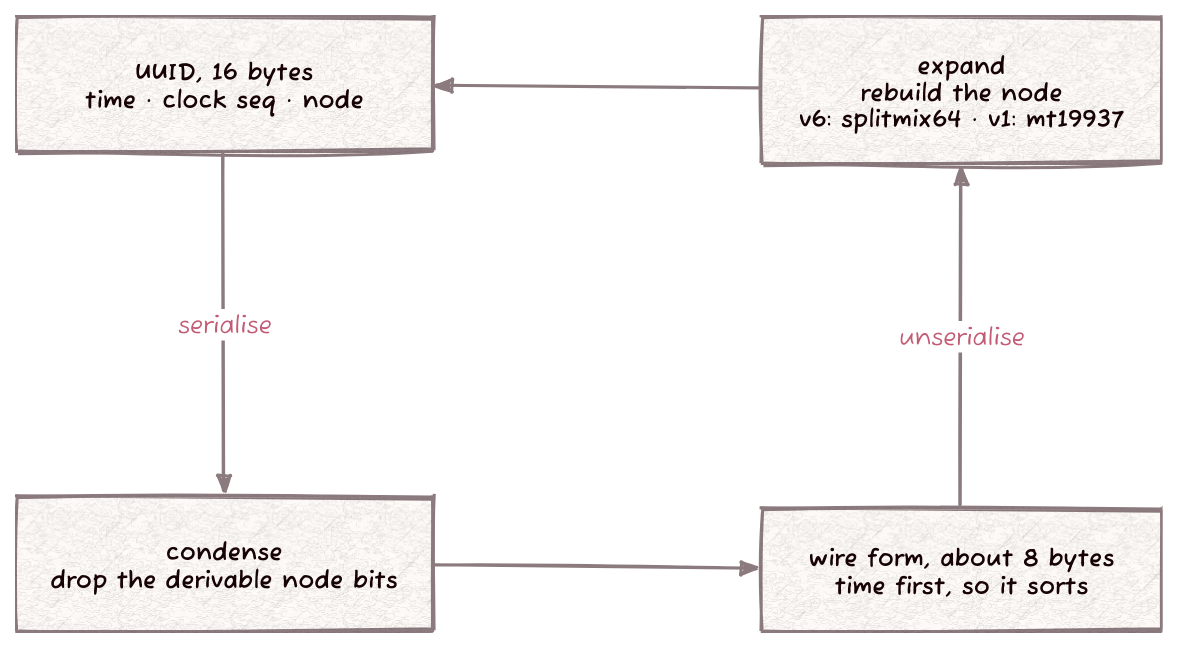
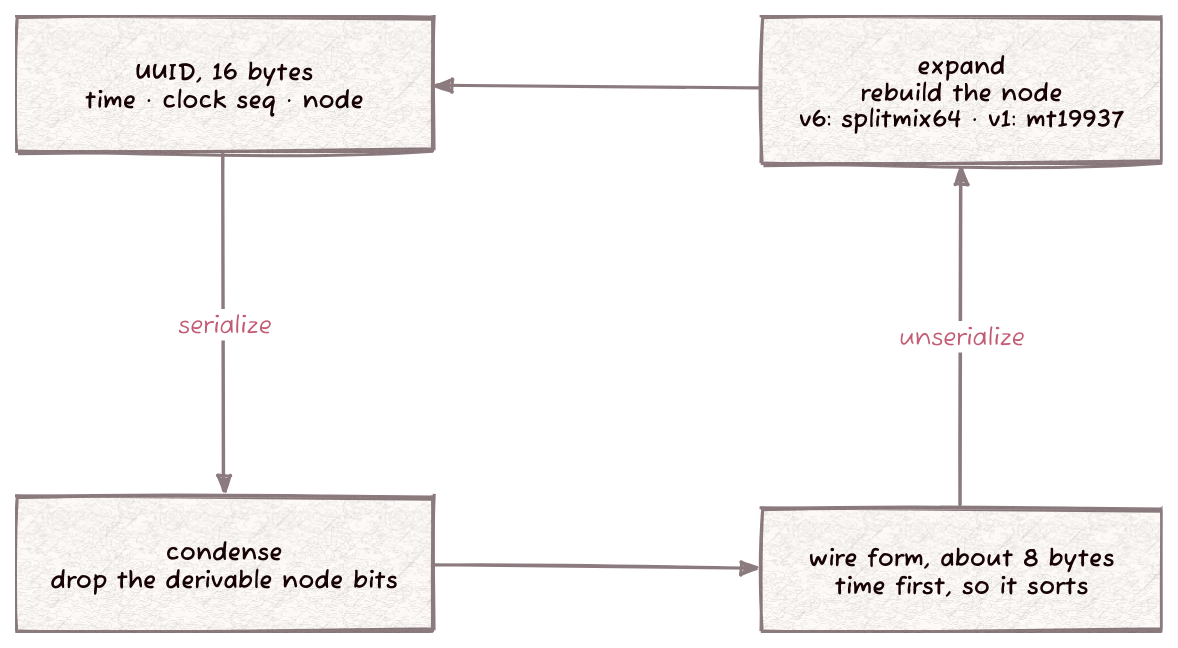
The diagram in docs/cuuid.d2 (Kronuz/cuuid), drawn with D2 before and after one commit. The commit also changed 27 other files, not shown here.

```diff
--- a/docs/cuuid.d2
+++ b/docs/cuuid.d2
@@ -1,18 +1,18 @@
 # cuuid: condense and expand.
 # Render: d2 docs/cuuid.d2 docs/cuuid.svg
 vars: { d2-config: { layout-engine: elk; theme-id: 302; sketch: true; pad: 24; theme-overrides: { B1: "#8C7B7E"; B2: "#C25B73"; N2: "#C25B73" } } }
 style.fill: transparent
 
 grid-columns: 2
 horizontal-gap: 220
 vertical-gap: 230
 
 uuid: "UUID, 16 bytes\ntime · clock seq · node"
 cond: "condense\ndrop the derivable node bits"
 expand: "expand\nrebuild the node\nv6: splitmix64 · v1: mt19937"
 wire: "wire form, about 8 bytes\ntime first, so it sorts"
 
-uuid -> cond: serialise
+uuid -> cond: serialize
 cond -> wire
-wire -> expand: unserialise
+wire -> expand: unserialize
 expand -> uuid
```
